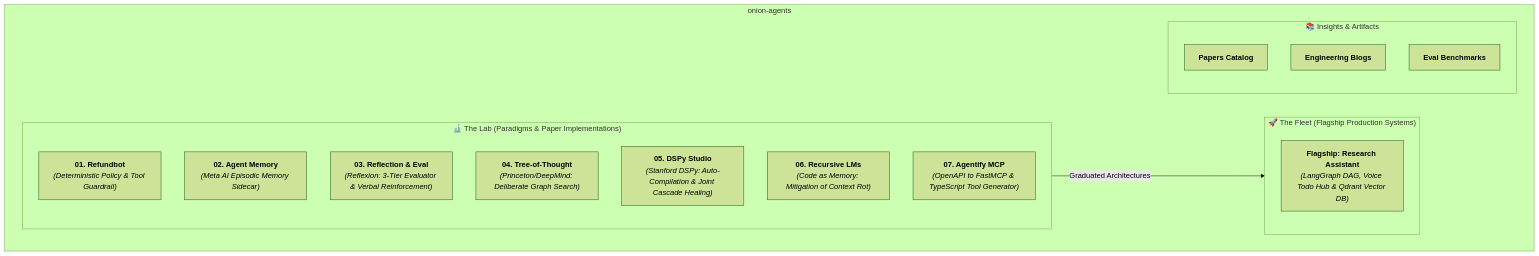
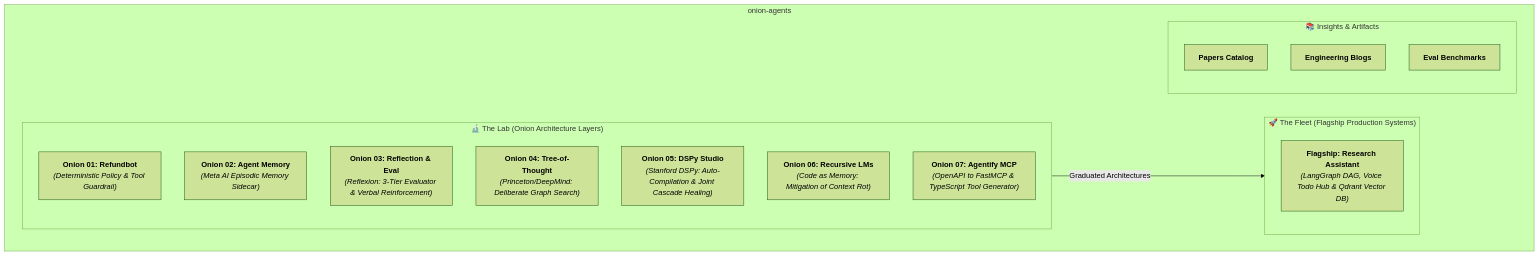
One commit to 21-aakash/onion-agents changed the diagram in AGENTS.md. Above: the diagram before and after it, drawn with Mermaid (forest theme). The commit also changed other lines of this file and 315 other files, not shown here.

Commit message:
chore: rename paradigm to onion naming scheme across the lab

````diff
--- a/AGENTS.md
+++ b/AGENTS.md
@@ -11,23 +11,23 @@
 ```mermaid
 graph TD
     subgraph Monorepo["onion-agents"]
-        subgraph TheLab["🔬 The Lab (Paradigms & Paper Implementations)"]
-            P1["<b>01. Refundbot</b><br/><i>(Deterministic Policy & Tool Guardrail)</i>"]
-            P2["<b>02. Agent Memory</b><br/><i>(Meta AI Episodic Memory Sidecar)</i>"]
-            P3["<b>03. Reflection & Eval</b><br/><i>(Reflexion: 3-Tier Evaluator & Verbal Reinforcement)</i>"]
-            P4["<b>04. Tree-of-Thought</b><br/><i>(Princeton/DeepMind: Deliberate Graph Search)</i>"]
-            P5["<b>05. DSPy Studio</b><br/><i>(Stanford DSPy: Auto-Compilation & Joint Cascade Healing)</i>"]
-            P6["<b>06. Recursive LMs</b><br/><i>(Code as Memory: Mitigation of Context Rot)</i>"]
-            P7["<b>07. Agentify MCP</b><br/><i>(OpenAPI to FastMCP & TypeScript Tool Generator)</i>"]
+        subgraph TheLab["🔬 The Lab (Onion Architecture Layers)"]
+            P1["<b>Onion 01: Refundbot</b><br/><i>(Deterministic Policy & Tool Guardrail)</i>"]
+            P2["<b>Onion 02: Agent Memory</b><br/><i>(Meta AI Episodic Memory Sidecar)</i>"]
+            P3["<b>Onion 03: Reflection & Eval</b><br/><i>(Reflexion: 3-Tier Evaluator & Verbal Reinforcement)</i>"]
+            P4["<b>Onion 04: Tree-of-Thought</b><br/><i>(Princeton/DeepMind: Deliberate Graph Search)</i>"]
+            P5["<b>Onion 05: DSPy Studio</b><br/><i>(Stanford DSPy: Auto-Compilation & Joint Cascade Healing)</i>"]
+            P6["<b>Onion 06: Recursive LMs</b><br/><i>(Code as Memory: Mitigation of Context Rot)</i>"]
+            P7["<b>Onion 07: Agentify MCP</b><br/><i>(OpenAPI to FastMCP & TypeScript Tool Generator)</i>"]
         end
         subgraph TheFleet["🚀 The Fleet (Flagship Production Systems)"]
             F1["<b>Flagship: Research Assistant</b><br/><i>(LangGraph DAG, Voice Todo Hub & Qdrant Vector DB)</i>"]
         end
         subgraph Insights["📚 Insights & Artifacts"]
             I1["<b>Papers Catalog</b>"]
             I2["<b>Engineering Blogs</b>"]
             I3["<b>Eval Benchmarks</b>"]
         end
     end
     TheLab -->|Graduated Architectures| TheFleet
 ```
````
